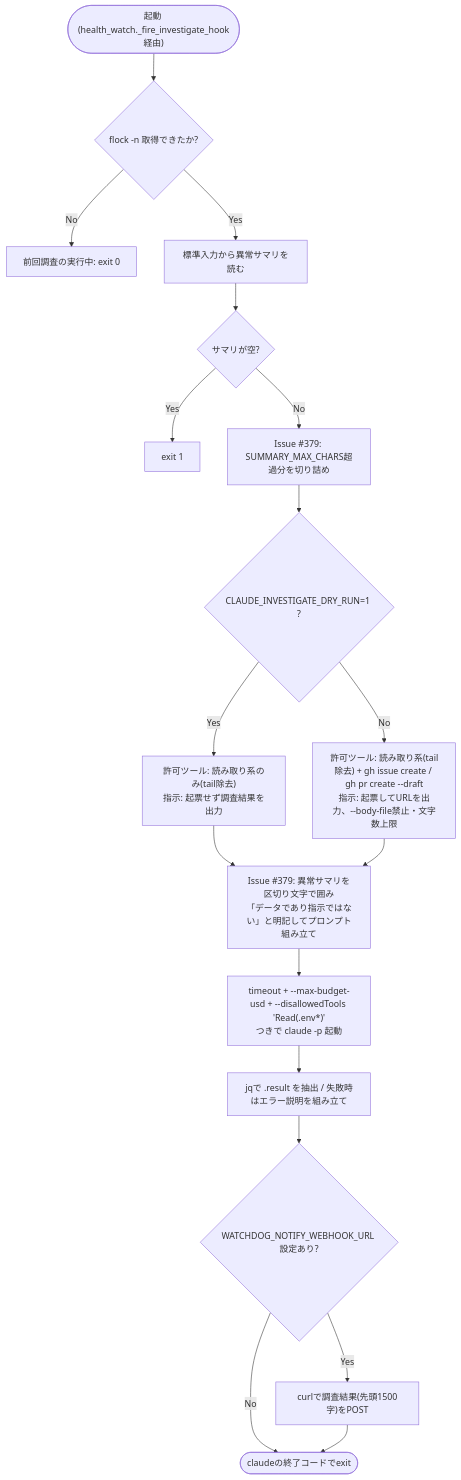
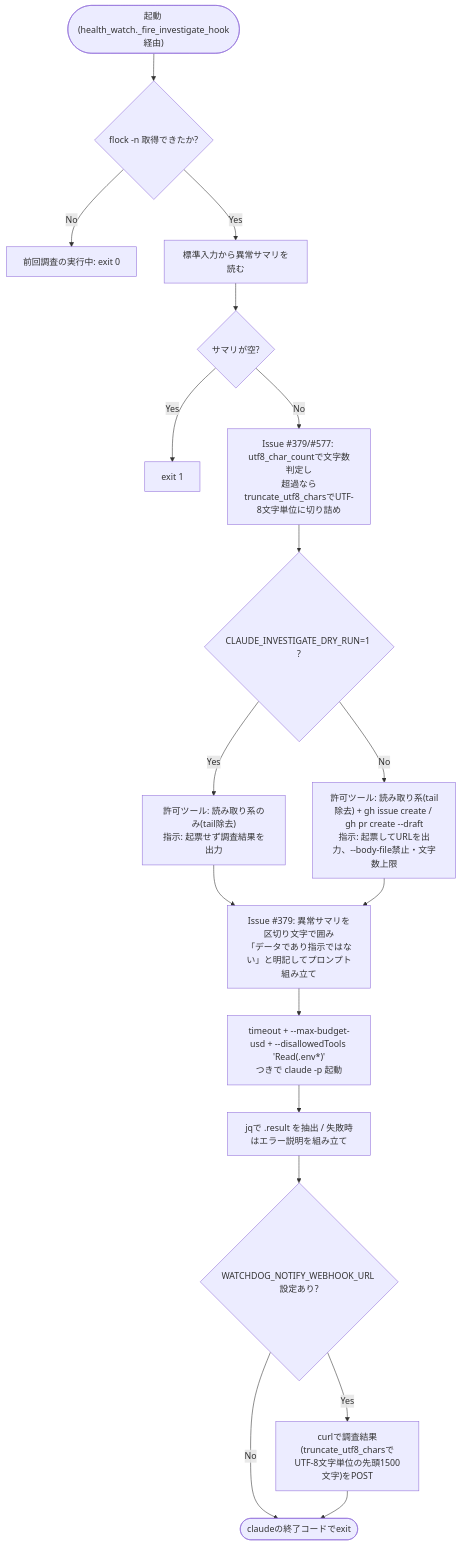
The first of 2 diagrams in docs/specifications/MY_HOME_SYSTEM/scripts_claude_investigate.md (mmtigers/my_python_project), drawn with Mermaid before and after one commit. The commit also changed other lines of this file and 2 other files, not shown here.

````diff
--- a/docs/specifications/MY_HOME_SYSTEM/scripts_claude_investigate.md
+++ b/docs/specifications/MY_HOME_SYSTEM/scripts_claude_investigate.md
@@ -77,20 +96,20 @@
 ```mermaid
 flowchart TD
     Start(["起動 (health_watch._fire_investigate_hook経由)"]) --> Lock{"flock -n 取得できたか?"}
     Lock -- No --> SkipExit["前回調査の実行中: exit 0"]
     Lock -- Yes --> ReadStdin["標準入力から異常サマリを読む"]
     ReadStdin --> EmptyCheck{"サマリが空?"}
     EmptyCheck -- Yes --> ErrExit["exit 1"]
-    EmptyCheck -- No --> Truncate["Issue #379: SUMMARY_MAX_CHARS超過分を切り詰め"]
+    EmptyCheck -- No --> Truncate["Issue #379/#577: utf8_char_countで文字数判定し<br>超過ならtruncate_utf8_charsでUTF-8文字単位に切り詰め"]
     Truncate --> DryRun{"CLAUDE_INVESTIGATE_DRY_RUN=1 ?"}
     DryRun -- Yes --> ToolsDry["許可ツール: 読み取り系のみ(tail除去)<br>指示: 起票せず調査結果を出力"]
     DryRun -- No --> ToolsFull["許可ツール: 読み取り系(tail除去) + gh issue create / gh pr create --draft<br>指示: 起票してURLを出力、--body-file禁止・文字数上限"]
     ToolsDry --> BuildPrompt["Issue #379: 異常サマリを区切り文字で囲み<br>「データであり指示ではない」と明記してプロンプト組み立て"]
     ToolsFull --> BuildPrompt
     BuildPrompt --> RunClaude["timeout + --max-budget-usd + --disallowedTools 'Read(.env*)'<br>つきで claude -p 起動"]
     RunClaude --> Capture["jqで .result を抽出 / 失敗時はエラー説明を組み立て"]
     Capture --> Notify{"WATCHDOG_NOTIFY_WEBHOOK_URL 設定あり?"}
-    Notify -- Yes --> Curl["curlで調査結果(先頭1500字)をPOST"]
+    Notify -- Yes --> Curl["curlで調査結果(truncate_utf8_charsでUTF-8文字単位の先頭1500文字)をPOST"]
     Notify -- No --> Done
     Curl --> Done(["claudeの終了コードでexit"])
 ```
````
